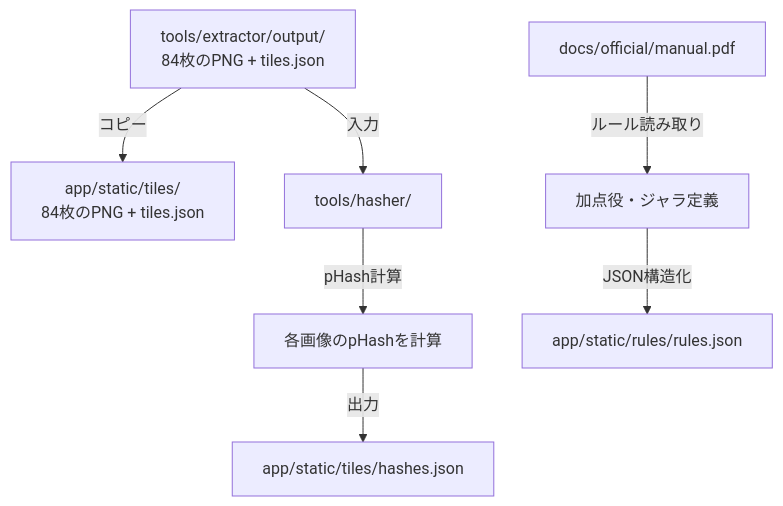
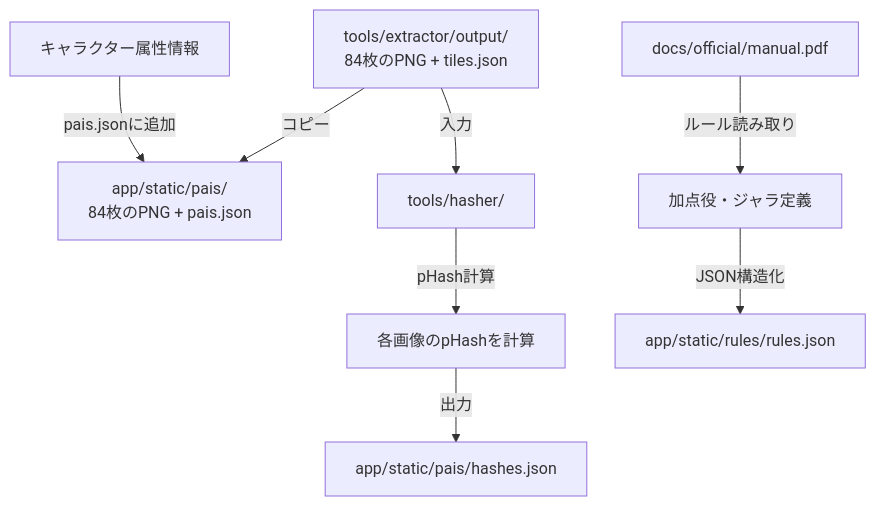
The fifth of 9 diagrams in docs/design/pie-recognition/dataflow.md (shokkunrf/nanjara), drawn with Mermaid before and after one commit. The commit also changed other lines of this file and 3 other files, not shown here.

````diff
--- a/docs/design/pie-recognition/dataflow.md
+++ b/docs/design/pie-recognition/dataflow.md
@@ -151,10 +167,12 @@
 ```mermaid
 flowchart TD
-    A[tools/extractor/output/<br>84枚のPNG + tiles.json] -->|コピー| B[app/static/tiles/<br>84枚のPNG + tiles.json]
+    A[tools/extractor/output/<br>84枚のPNG + tiles.json] -->|コピー| B[app/static/pais/<br>84枚のPNG + pais.json]
     A -->|入力| C[tools/hasher/]
     C -->|pHash計算| D[各画像のpHashを計算]
-    D -->|出力| E[app/static/tiles/hashes.json]
+    D -->|出力| E[app/static/pais/hashes.json]
 
     F[docs/official/manual.pdf] -->|ルール読み取り| G[加点役・ジャラ定義]
     G -->|JSON構造化| H[app/static/rules/rules.json]
+
+    I[キャラクター属性情報] -->|pais.jsonに追加| B
 ```
````
